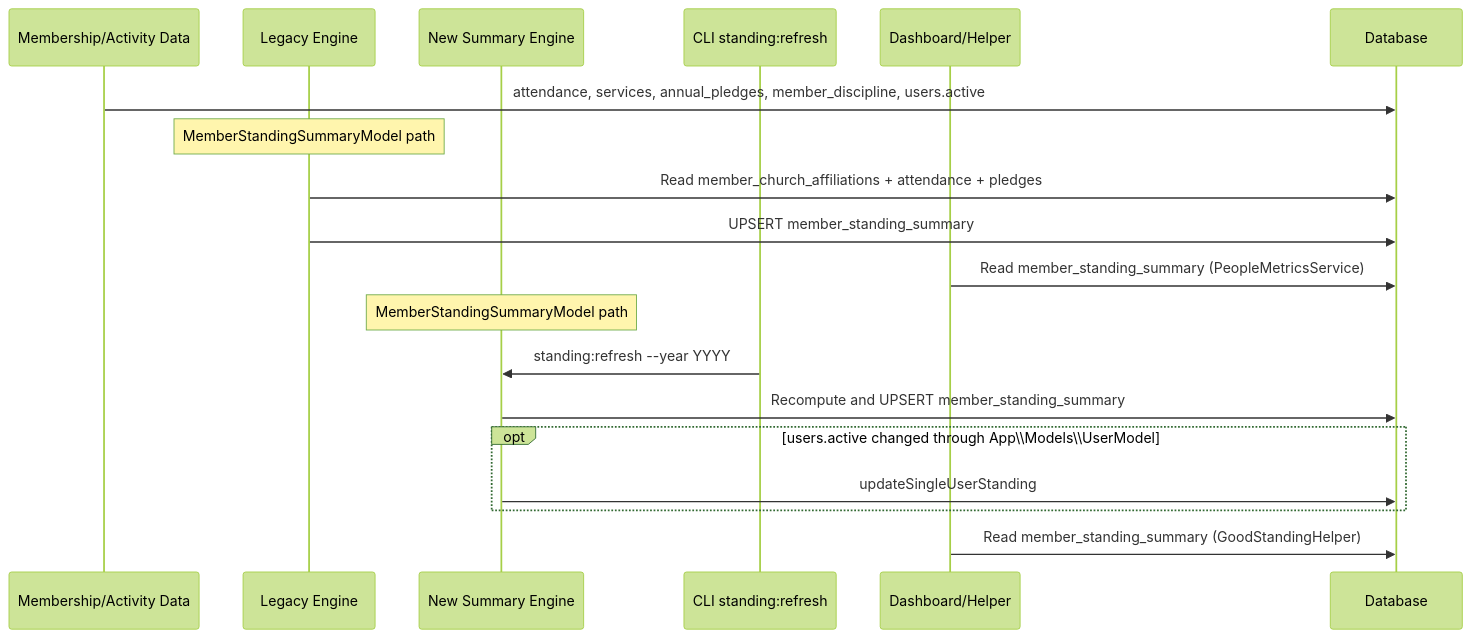
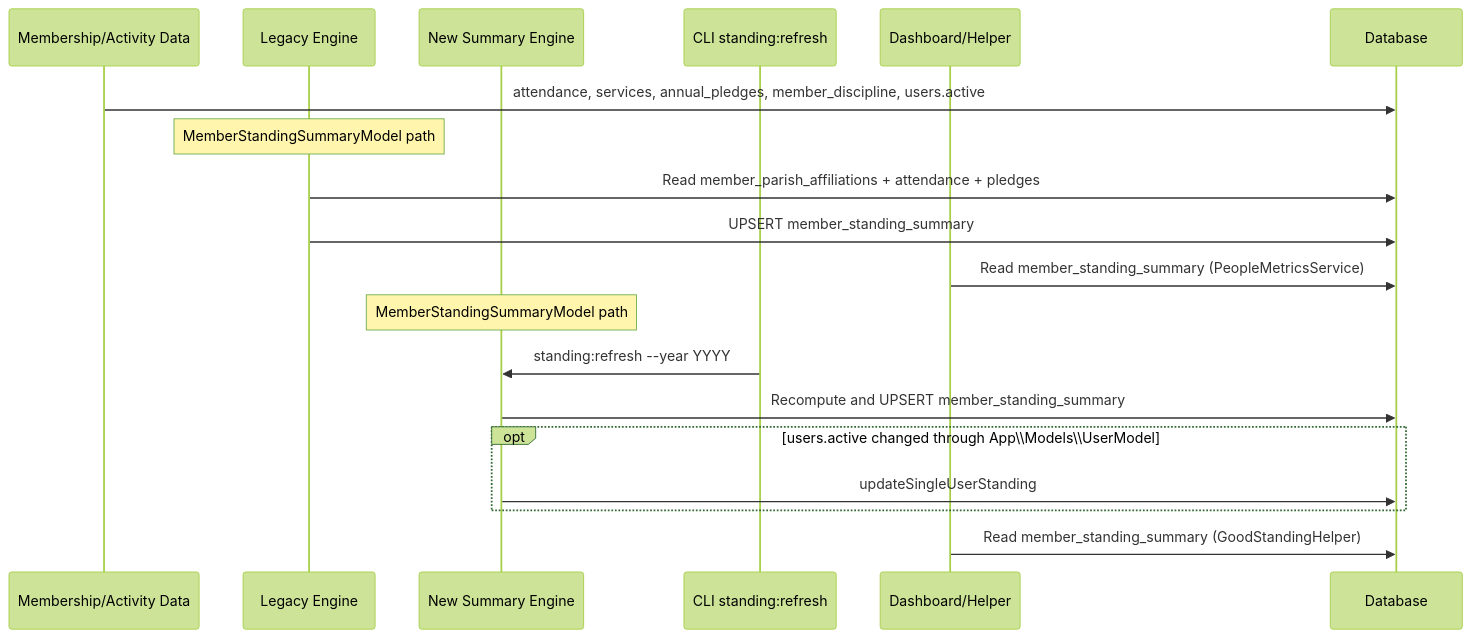
The second of 2 diagrams in docs/REGISTRATION_TO_GOOD_STANDING_FLOW_REPORT_2026-04-10.md (ekklesiaonline/ekklesiaONLINE), drawn with Mermaid (forest theme) before and after one commit. The commit also changed other lines of this file and 266 other files, not shown here.

First line of the commit message:
Project-wide terminology migration: church -> parish

````diff
--- a/docs/REGISTRATION_TO_GOOD_STANDING_FLOW_REPORT_2026-04-10.md
+++ b/docs/REGISTRATION_TO_GOOD_STANDING_FLOW_REPORT_2026-04-10.md
@@ -64,24 +64,24 @@
 ```mermaid
 sequenceDiagram
     participant M as Membership/Activity Data
     participant L as Legacy Engine
     participant N as New Summary Engine
     participant C as CLI standing:refresh
     participant H as Dashboard/Helper
     participant DB as Database
 
     M->>DB: attendance, services, annual_pledges, member_discipline, users.active
 
     Note over L: MemberStandingSummaryModel path
-    L->>DB: Read member_church_affiliations + attendance + pledges
+    L->>DB: Read member_parish_affiliations + attendance + pledges
     L->>DB: UPSERT member_standing_summary
     H->>DB: Read member_standing_summary (PeopleMetricsService)
 
     Note over N: MemberStandingSummaryModel path
     C->>N: standing:refresh --year YYYY
     N->>DB: Recompute and UPSERT member_standing_summary
     opt users.active changed through App\\Models\\UserModel
         N->>DB: updateSingleUserStanding
     end
     H->>DB: Read member_standing_summary (GoodStandingHelper)
 ```
````
